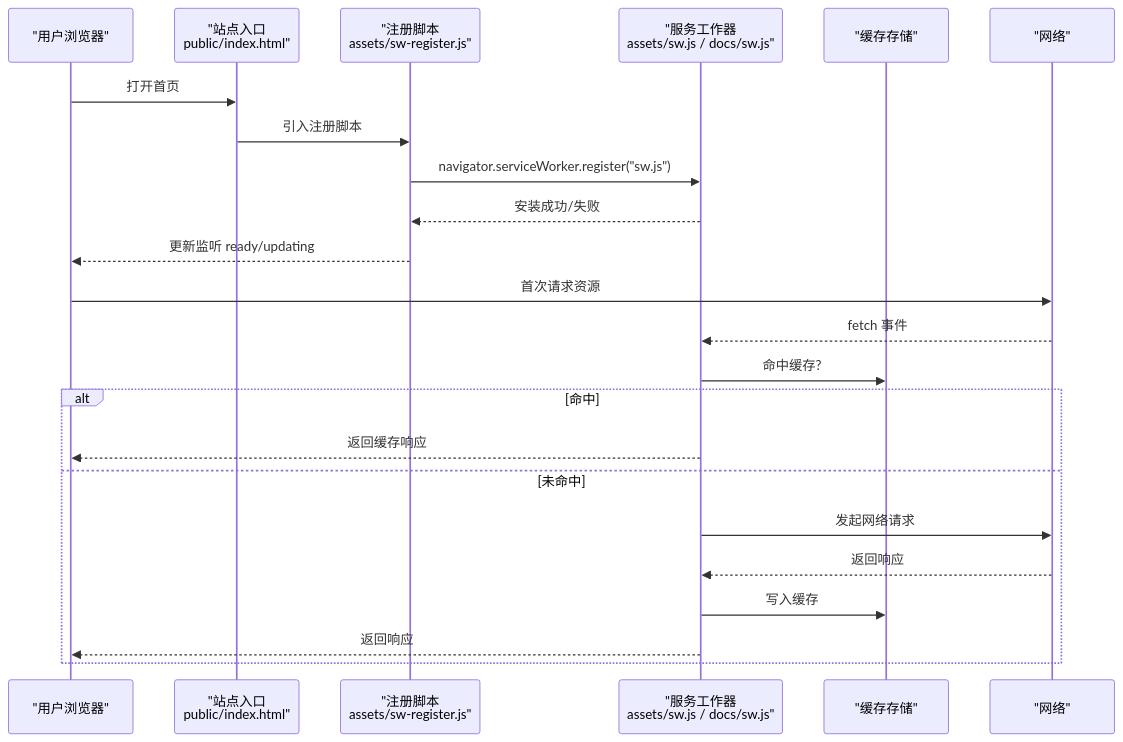
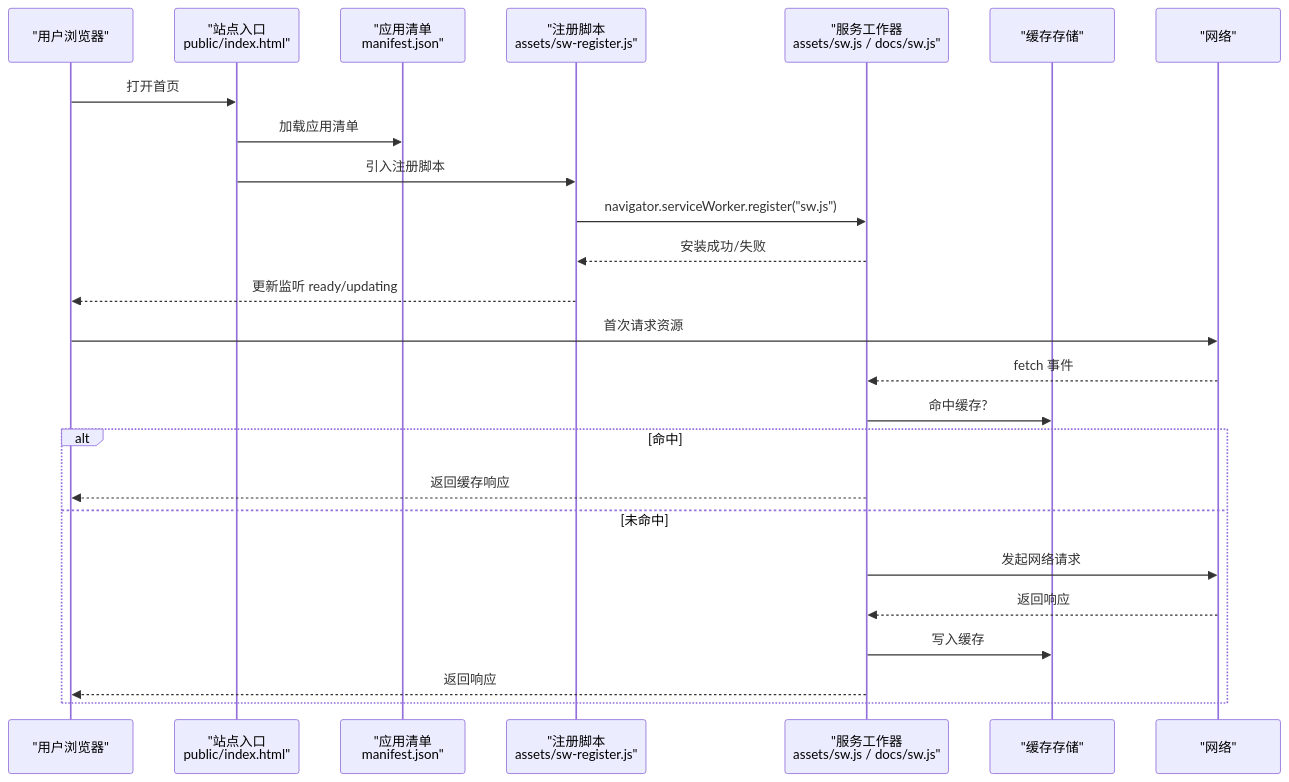
The second of 4 diagrams in .qoder/repowiki/zh/content/主题定制/JavaScript功能扩展/服务工作器集成.md (nianjiang/nianjiang.github.io), drawn with Mermaid before and after one commit. The commit also changed other lines of this file and 176 other files, not shown here.

````diff
--- a/.qoder/repowiki/zh/content/主题定制/JavaScript功能扩展/服务工作器集成.md
+++ b/.qoder/repowiki/zh/content/主题定制/JavaScript功能扩展/服务工作器集成.md
@@ -92,25 +113,27 @@
 ```mermaid
 sequenceDiagram
 participant U as "用户浏览器"
 participant H as "站点入口<br/>public/index.html"
+participant M as "应用清单<br/>manifest.json"
 participant R as "注册脚本<br/>assets/sw-register.js"
 participant SW as "服务工作器<br/>assets/sw.js / docs/sw.js"
 participant C as "缓存存储"
 participant N as "网络"
 U->>H : 打开首页
+H->>M : 加载应用清单
 H->>R : 引入注册脚本
 R->>SW : navigator.serviceWorker.register("sw.js")
 SW-->>R : 安装成功/失败
 R-->>U : 更新监听 ready/updating
 U->>N : 首次请求资源
 N-->>SW : fetch 事件
 SW->>C : 命中缓存?
 alt 命中
 SW-->>U : 返回缓存响应
 else 未命中
 SW->>N : 发起网络请求
 N-->>SW : 返回响应
 SW->>C : 写入缓存
 SW-->>U : 返回响应
 end
 ```
````
